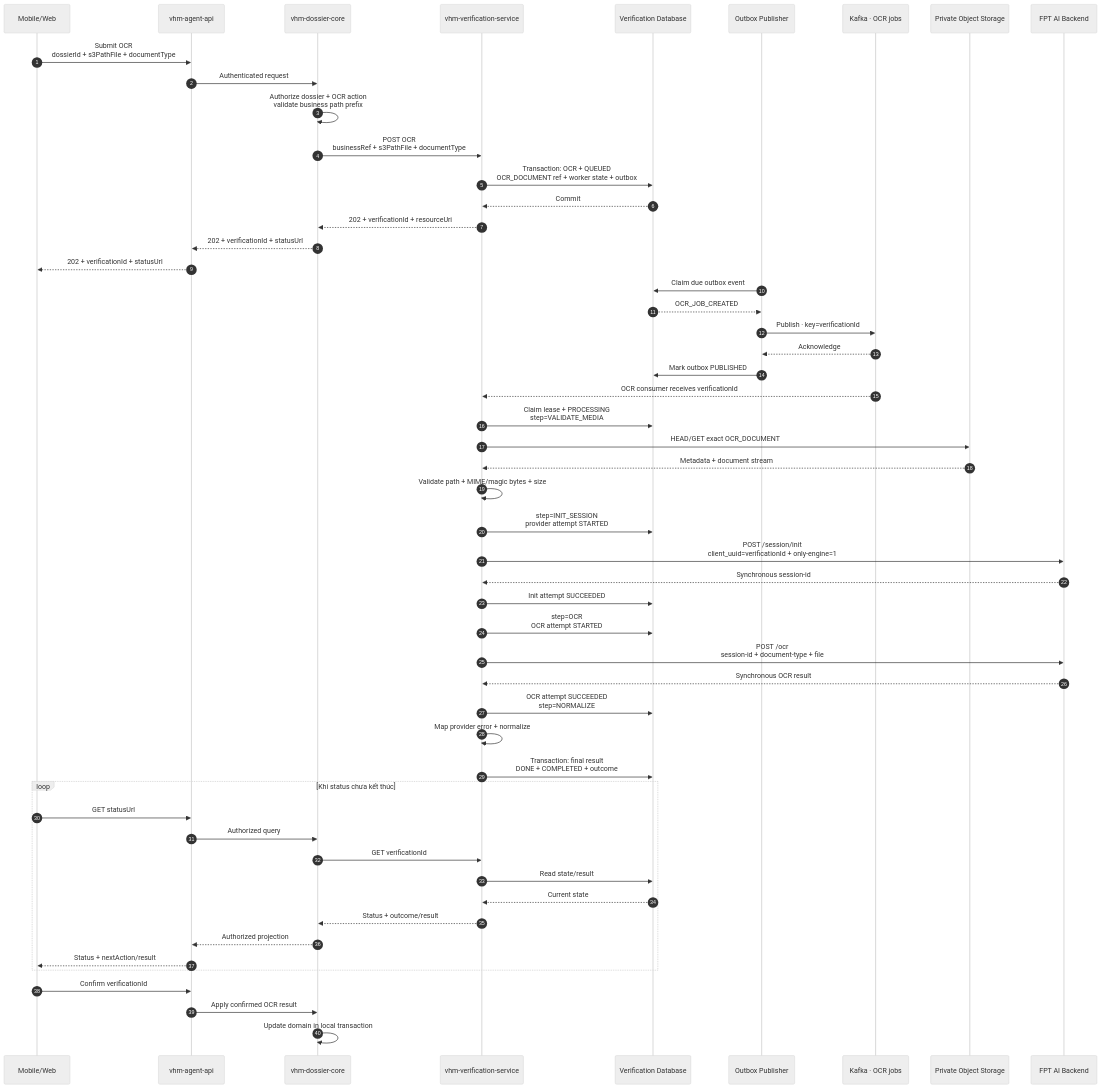
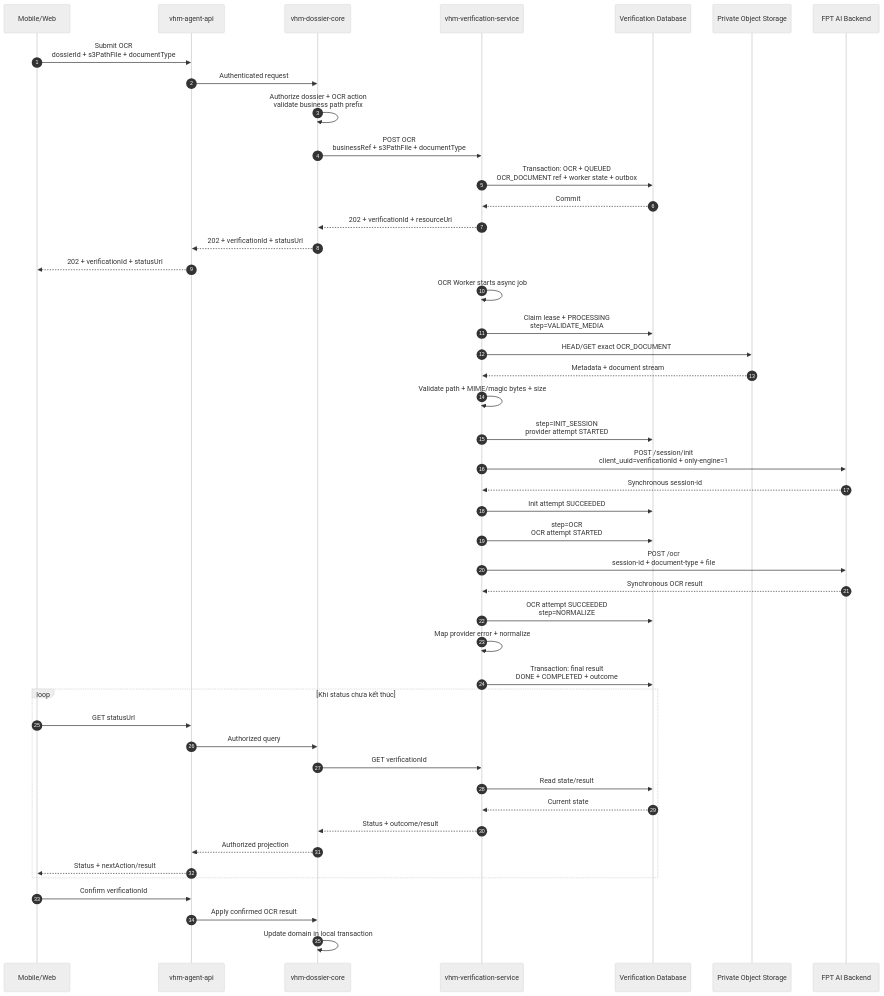
The fourth of 8 diagrams in noxh-ekyc.md (huynv-xyz/vhm), drawn with Mermaid (neutral theme) before and after one commit. The commit also changed other lines of this file, not shown here.

````diff
--- a/noxh-ekyc.md
+++ b/noxh-ekyc.md
@@ -257,61 +247,54 @@
 ```mermaid
 sequenceDiagram
     autonumber
     participant CLIENT as Mobile/Web
     participant BFF as vhm-agent-api
     participant DOMAIN as vhm-dossier-core
     participant VERIFY as vhm-verification-service
     participant DB as Verification Database
-    participant OUTBOX as Outbox Publisher
-    participant KAFKA as Kafka · OCR jobs
     participant STORAGE as Private Object Storage
     participant FPT as FPT AI Backend
 
     CLIENT->>BFF: Submit OCR<br/>dossierId + s3PathFile + documentType
     BFF->>DOMAIN: Authenticated request
     DOMAIN->>DOMAIN: Authorize dossier + OCR action<br/>validate business path prefix
     DOMAIN->>VERIFY: POST OCR<br/>businessRef + s3PathFile + documentType
     VERIFY->>DB: Transaction: OCR + QUEUED<br/>OCR_DOCUMENT ref + worker state + outbox
     DB-->>VERIFY: Commit
     VERIFY-->>DOMAIN: 202 + verificationId + resourceUri
     DOMAIN-->>BFF: 202 + verificationId + statusUrl
     BFF-->>CLIENT: 202 + verificationId + statusUrl
 
-    OUTBOX->>DB: Claim due outbox event
-    DB-->>OUTBOX: OCR_JOB_CREATED
-    OUTBOX->>KAFKA: Publish · key=verificationId
-    KAFKA-->>OUTBOX: Acknowledge
-    OUTBOX->>DB: Mark outbox PUBLISHED
-    KAFKA-->>VERIFY: OCR consumer receives verificationId
+    VERIFY->>VERIFY: OCR Worker starts async job
     VERIFY->>DB: Claim lease + PROCESSING<br/>step=VALIDATE_MEDIA
     VERIFY->>STORAGE: HEAD/GET exact OCR_DOCUMENT
     STORAGE-->>VERIFY: Metadata + document stream
     VERIFY->>VERIFY: Validate path + MIME/magic bytes + size
 
     VERIFY->>DB: step=INIT_SESSION<br/>provider attempt STARTED
     VERIFY->>FPT: POST /session/init<br/>client_uuid=verificationId + only-engine=1
     FPT-->>VERIFY: Synchronous session-id
     VERIFY->>DB: Init attempt SUCCEEDED
 
     VERIFY->>DB: step=OCR<br/>OCR attempt STARTED
     VERIFY->>FPT: POST /ocr<br/>session-id + document-type + file
     FPT-->>VERIFY: Synchronous OCR result
     VERIFY->>DB: OCR attempt SUCCEEDED<br/>step=NORMALIZE
     VERIFY->>VERIFY: Map provider error + normalize
     VERIFY->>DB: Transaction: final result<br/>DONE + COMPLETED + outcome
 
     loop Khi status chưa kết thúc
         CLIENT->>BFF: GET statusUrl
         BFF->>DOMAIN: Authorized query
         DOMAIN->>VERIFY: GET verificationId
         VERIFY->>DB: Read state/result
         DB-->>VERIFY: Current state
         VERIFY-->>DOMAIN: Status + outcome/result
         DOMAIN-->>BFF: Authorized projection
         BFF-->>CLIENT: Status + nextAction/result
     end
 
     CLIENT->>BFF: Confirm verificationId
     BFF->>DOMAIN: Apply confirmed OCR result
     DOMAIN->>DOMAIN: Update domain in local transaction
 ```
````
